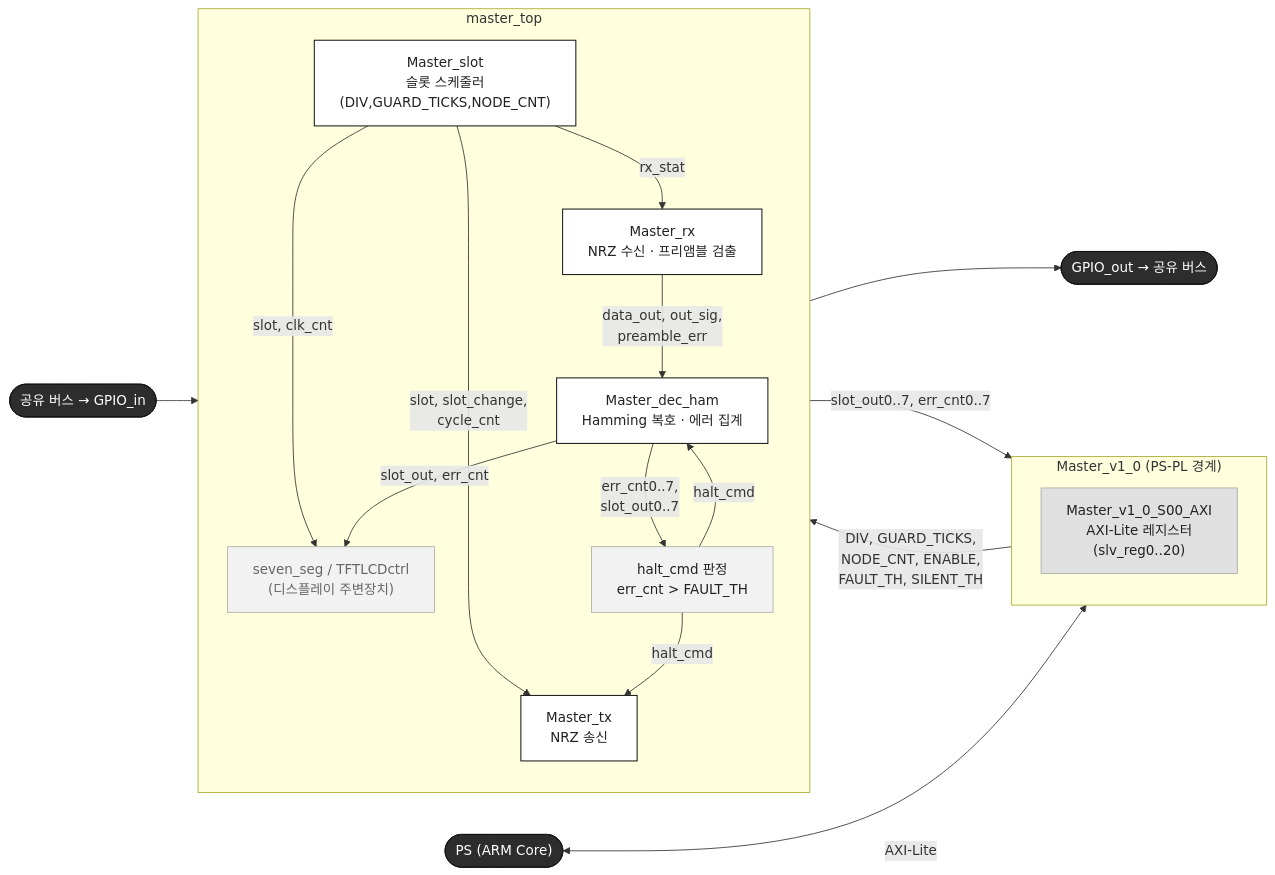
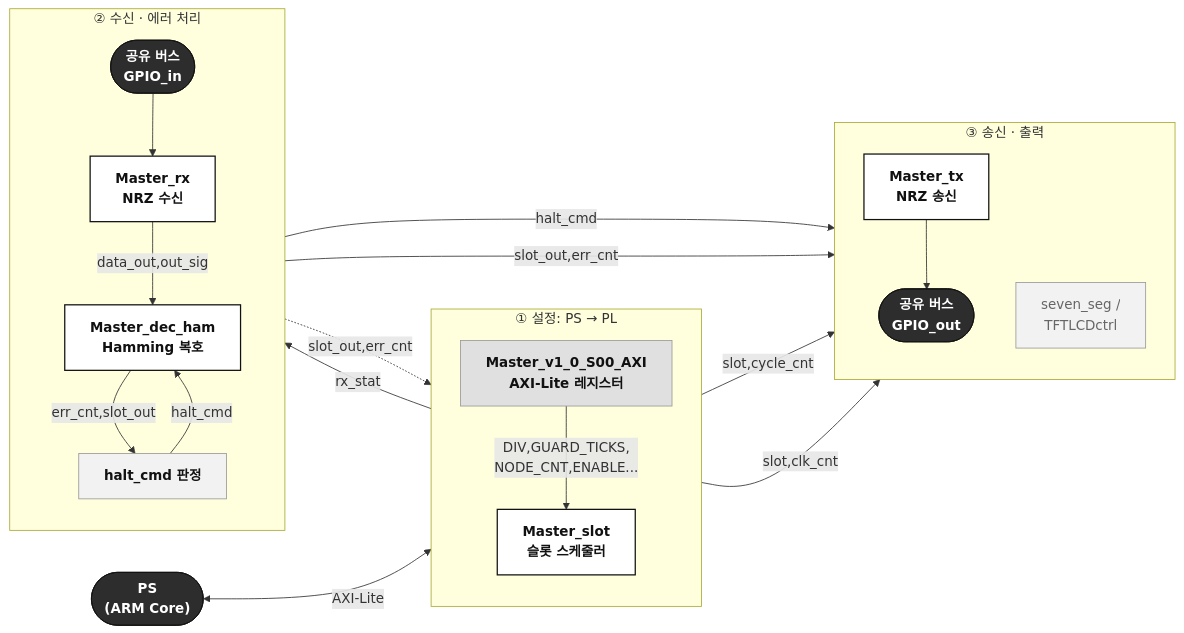
The diagram in diagrams/master_block.mmd (Woodong02/SoC_Design_and_Programming), drawn with Mermaid before and after one commit. The commit also changed 1 other file, not shown here.

```diff
--- a/diagrams/master_block.mmd
+++ b/diagrams/master_block.mmd
@@ -1,42 +1,44 @@
+%%{init: {'themeVariables': {'fontSize': '26px'}}, 'flowchart': {'nodeSpacing': 40, 'rankSpacing': 60}}%%
 flowchart LR
-    PS(["PS (ARM Core)"]):::io
+    PS(["PS<br/>(ARM Core)"]):::io
 
-    subgraph V1 ["Master_v1_0 (PS-PL 경계)"]
+    subgraph STAGE1 ["① 설정: PS → PL"]
         direction TB
-        AXIREG["Master_v1_0_S00_AXI<br/>AXI-Lite 레지스터<br/>(slv_reg0..20)"]:::axi
+        AXIREG["Master_v1_0_S00_AXI<br/>AXI-Lite 레지스터"]:::axi
+        SLOT["Master_slot<br/>슬롯 스케줄러"]:::core
+        AXIREG -->|"DIV,GUARD_TICKS,<br/>NODE_CNT,ENABLE..."| SLOT
     end
 
-    subgraph TOP ["master_top"]
+    subgraph STAGE2 ["② 수신 · 에러 처리"]
         direction TB
-        SLOT["Master_slot<br/>슬롯 스케줄러<br/>(DIV,GUARD_TICKS,NODE_CNT)"]:::core
-        TX["Master_tx<br/>NRZ 송신"]:::core
-        RX["Master_rx<br/>NRZ 수신 · 프리앰블 검출"]:::core
-        DEC["Master_dec_ham<br/>Hamming 복호 · 에러 집계"]:::core
-        HALT["halt_cmd 판정<br/>err_cnt &gt; FAULT_TH"]:::logic
-        DISP["seven_seg / TFTLCDctrl<br/>(디스플레이 주변장치)"]:::periph
+        GPIOIN(["공유 버스<br/>GPIO_in"]):::io
+        RX["Master_rx<br/>NRZ 수신"]:::core
+        DEC["Master_dec_ham<br/>Hamming 복호"]:::core
+        HALT["halt_cmd 판정"]:::logic
+        GPIOIN --> RX
+        RX -->|"data_out,out_sig"| DEC
+        DEC -->|"err_cnt,slot_out"| HALT
     end
 
-    GPIO_OUT(["GPIO_out → 공유 버스"]):::io
-    GPIO_IN(["공유 버스 → GPIO_in"]):::io
+    subgraph STAGE3 ["③ 송신 · 출력"]
+        direction TB
+        TX["Master_tx<br/>NRZ 송신"]:::core
+        GPIOOUT(["공유 버스<br/>GPIO_out"]):::io
+        DISP["seven_seg /<br/>TFTLCDctrl"]:::periph
+        TX --> GPIOOUT
+    end
 
     PS <-->|"AXI-Lite"| AXIREG
-    AXIREG -->|"DIV, GUARD_TICKS,<br/>NODE_CNT, ENABLE,<br/>FAULT_TH, SILENT_TH"| SLOT
-    SLOT -->|"slot, slot_change,<br/>cycle_cnt"| TX
     SLOT -->|"rx_stat"| RX
-    SLOT -->|"slot, clk_cnt"| DISP
-
-    GPIO_IN --> RX
-    RX -->|"data_out, out_sig,<br/>preamble_err"| DEC
-    DEC -->|"err_cnt0..7,<br/>slot_out0..7"| HALT
+    SLOT -->|"slot,cycle_cnt"| TX
     HALT -->|"halt_cmd"| TX
     HALT -->|"halt_cmd"| DEC
-    TX --> GPIO_OUT
+    DEC -.->|"slot_out,err_cnt"| AXIREG
+    SLOT -->|"slot,clk_cnt"| DISP
+    DEC -->|"slot_out,err_cnt"| DISP
 
-    DEC -->|"slot_out, err_cnt"| DISP
-    DEC -->|"slot_out0..7, err_cnt0..7"| AXIREG
-
-    classDef io fill:#2D2D2D,stroke:#111111,color:#FFFFFF
-    classDef axi fill:#E0E0E0,stroke:#999999,stroke-width:0.8px,color:#222222
-    classDef core fill:#FFFFFF,stroke:#111111,stroke-width:1.2px,color:#222222
-    classDef logic fill:#F2F2F2,stroke:#999999,stroke-width:0.8px,color:#222222
-    classDef periph fill:#F2F2F2,stroke:#999999,stroke-width:0.8px,color:#666666
+    classDef io fill:#2D2D2D,stroke:#111111,color:#FFFFFF,font-weight:bold
+    classDef axi fill:#E0E0E0,stroke:#999999,stroke-width:1px,color:#111111,font-weight:bold
+    classDef core fill:#FFFFFF,stroke:#111111,stroke-width:1.5px,color:#111111,font-weight:bold
+    classDef logic fill:#F2F2F2,stroke:#999999,stroke-width:1px,color:#111111,font-weight:bold
+    classDef periph fill:#F2F2F2,stroke:#999999,stroke-width:1px,color:#666666
```
